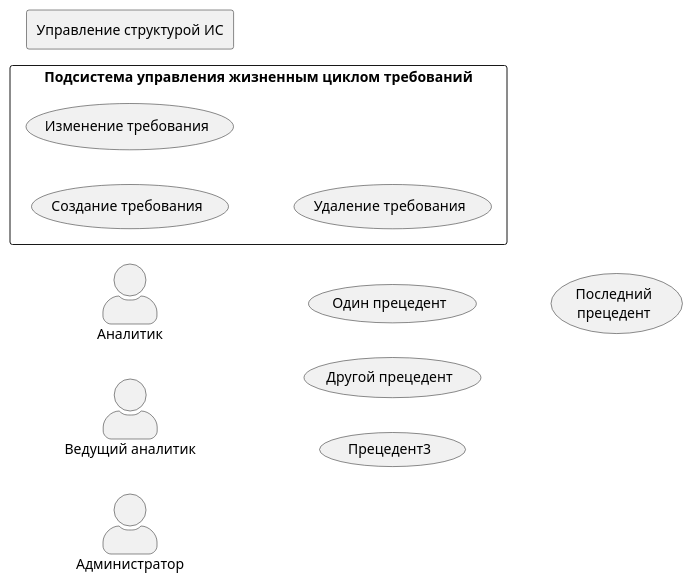
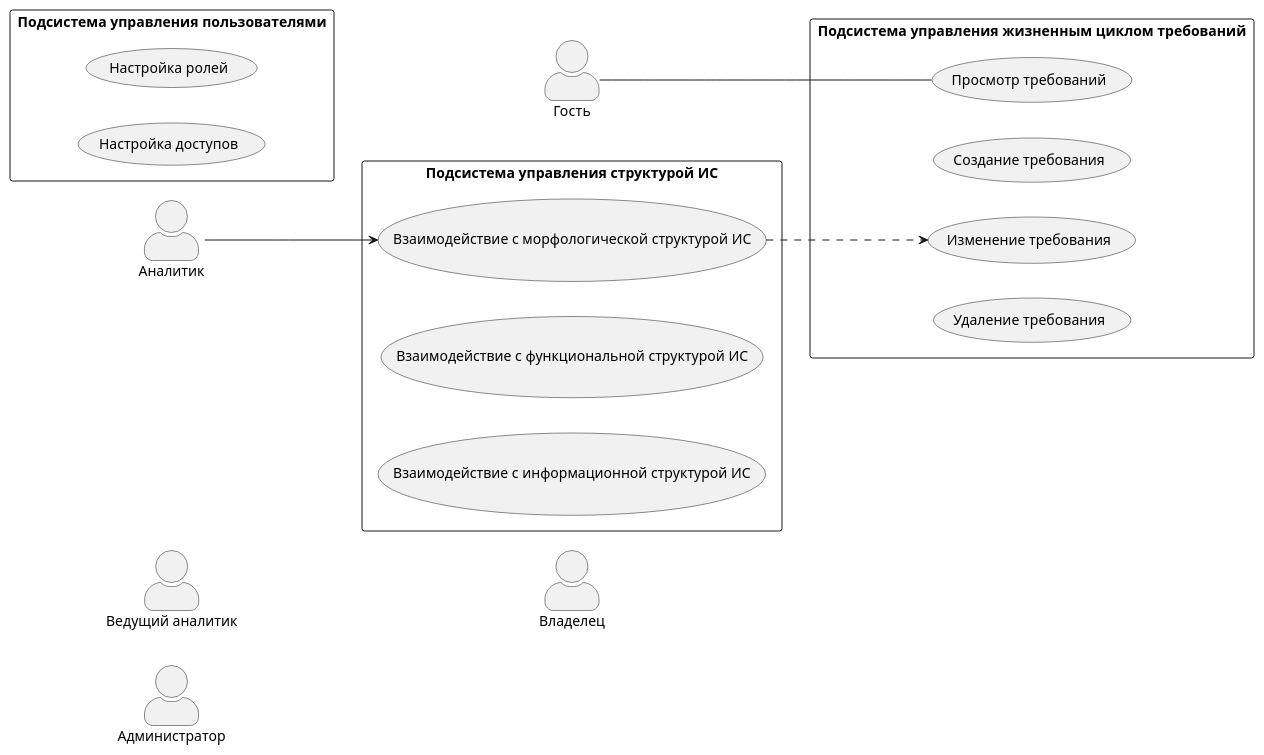
The diagram in sa/getit/usecase.puml (yyqwerty/study), drawn with PlantUML before and after one commit.

Commit message:
Добавлены требования, сценарии. строится диаграмма

```diff
--- a/sa/getit/usecase.puml
+++ b/sa/getit/usecase.puml
@@ -1,21 +1,29 @@
 @startuml
 left to right direction
 skinparam actorStyle awesome
+actor "Гость" as guest
 actor "Аналитик" as analyst
 actor "Ведущий аналитик" as leadanalyst
 actor "Администратор" as admin
-rectangle "Подсистема управления жизненным циклом требований" {
+actor "Владелец" as owner
+rectangle "Подсистема управления жизненным циклом требований" as lifecycle {
+    usecase "Просмотр требований"
     usecase "Создание требования"
     usecase "Изменение требования"
     usecase "Удаление требования"
 }
-rectangle "Управление структурой ИС" {
-    usecase "Создание требования"
-    usecase "Изменение требования"
-    usecase "Удаление требования"
+rectangle "Подсистема управления структурой ИС" as structure {
+    usecase "Взаимодействие с морфологической структурой ИС"
+    usecase "Взаимодействие с функциональной структурой ИС"
+    usecase "Взаимодействие с информационной структурой ИС"
 }
-(Один прецедент)
-(Другой прецедент) as (UC2)
-usecase Прецедент3
-usecase (Последний\nпрецедент) as UC4
+
+rectangle "Подсистема управления пользователями" as users {
+    usecase "Настройка ролей"
+    usecase "Настройка доступов"
+}
+
+guest -- (Просмотр требований)
+analyst --> (Взаимодействие с морфологической структурой ИС)
+(Взаимодействие с морфологической структурой ИС) ..> (Изменение требования)
 @enduml
```
